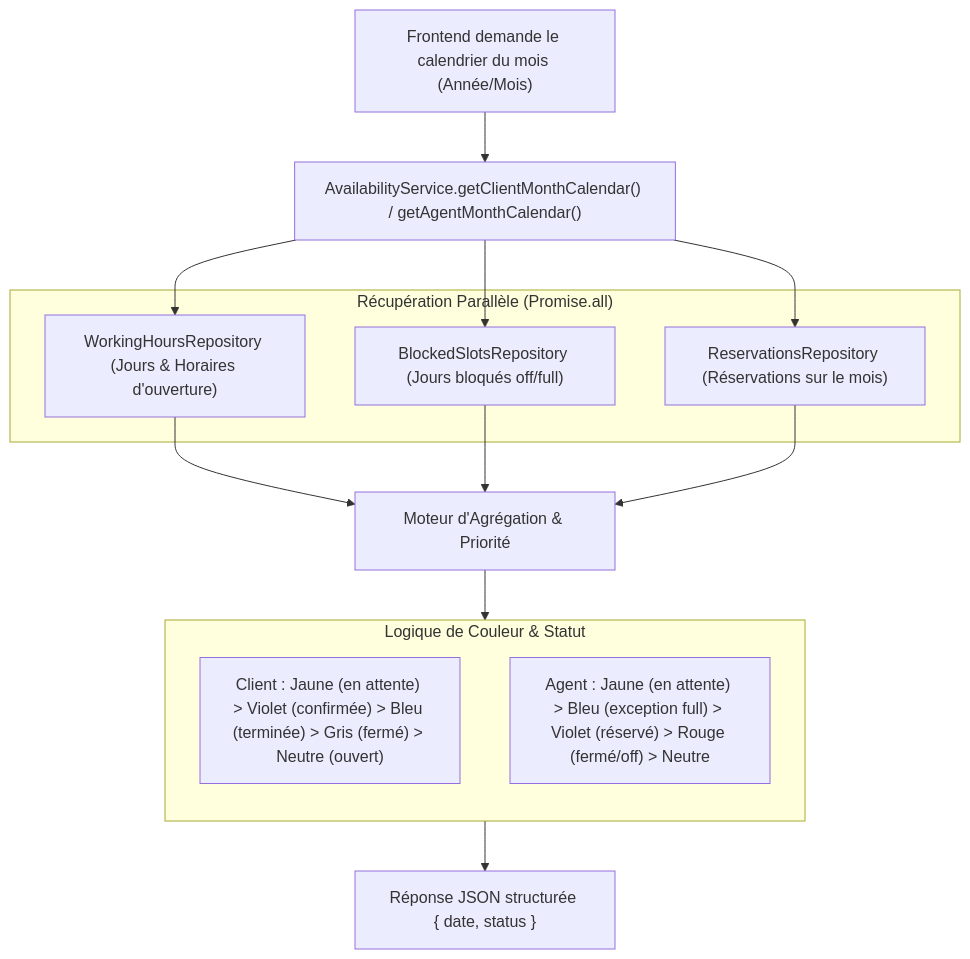
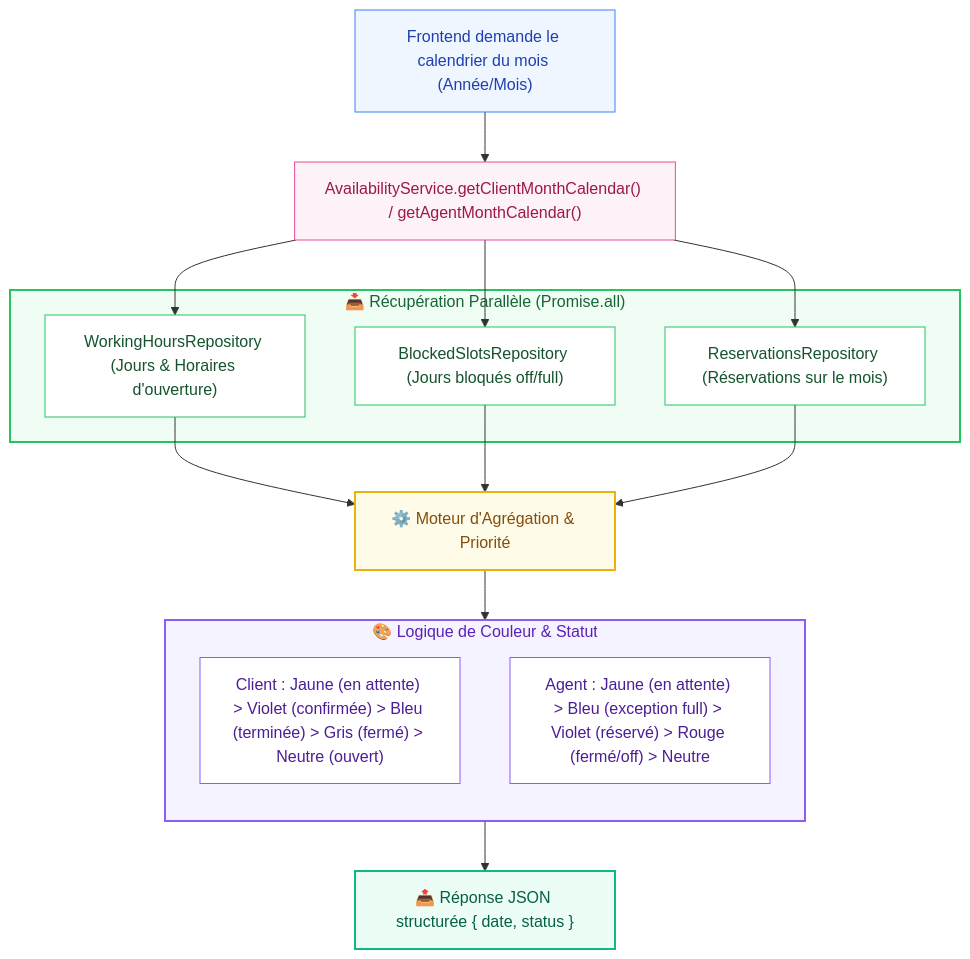
Before and after one commit to rihem-akermi/freeForU: the third of 9 diagrams in README.md, drawn with Mermaid. The commit also changed other lines of this file, not shown here.

````diff
--- a/README.md
+++ b/README.md
@@ -209,27 +243,39 @@
 ```mermaid
 flowchart TD
     Req["Frontend demande le calendrier du mois (Année/Mois)"] --> Service["AvailabilityService.getClientMonthCalendar() / getAgentMonthCalendar()"]
 
-    subgraph DataFetch["Récupération Parallèle (Promise.all)"]
+    subgraph DataFetch["📥 Récupération Parallèle (Promise.all)"]
         WH["WorkingHoursRepository (Jours & Horaires d'ouverture)"]
         BS["BlockedSlotsRepository (Jours bloqués off/full)"]
         Res["ReservationsRepository (Réservations sur le mois)"]
     end
 
     Service --> WH
     Service --> BS
     Service --> Res
 
-    WH --> Engine["Moteur d'Agrégation & Priorité"]
+    WH --> Engine["⚙️ Moteur d'Agrégation & Priorité"]
     BS --> Engine
     Res --> Engine
 
-    subgraph Calculation["Logique de Couleur & Statut"]
+    subgraph Calculation["🎨 Logique de Couleur & Statut"]
         direction TB
         C1["Client : Jaune (en attente) > Violet (confirmée) > Bleu (terminée) > Gris (fermé) > Neutre (ouvert)"]
         C2["Agent : Jaune (en attente) > Bleu (exception full) > Violet (réservé) > Rouge (fermé/off) > Neutre"]
     end
 
     Engine --> Calculation
-    Calculation --> Resp["Réponse JSON structurée { date, status }"]
+    Calculation --> Resp["📤 Réponse JSON structurée { date, status }"]
+
+    style Req fill:#eff6ff,stroke:#3b82f6,color:#1e40af
+    style Service fill:#fdf2f8,stroke:#ec4899,color:#9d174d
+    style DataFetch fill:#f0fdf4,stroke:#22c55e,stroke-width:2px,color:#166534
+    style WH fill:#ffffff,stroke:#22c55e,color:#14532d
+    style BS fill:#ffffff,stroke:#22c55e,color:#14532d
+    style Res fill:#ffffff,stroke:#22c55e,color:#14532d
+    style Engine fill:#fefce8,stroke:#eab308,stroke-width:2px,color:#854d0e
+    style Calculation fill:#f5f3ff,stroke:#8b5cf6,stroke-width:2px,color:#5b21b6
+    style C1 fill:#ffffff,stroke:#8b5cf6,color:#4c1d95
+    style C2 fill:#ffffff,stroke:#8b5cf6,color:#4c1d95
+    style Resp fill:#ecfdf5,stroke:#10b981,stroke-width:2px,color:#065f46
 ```
````
